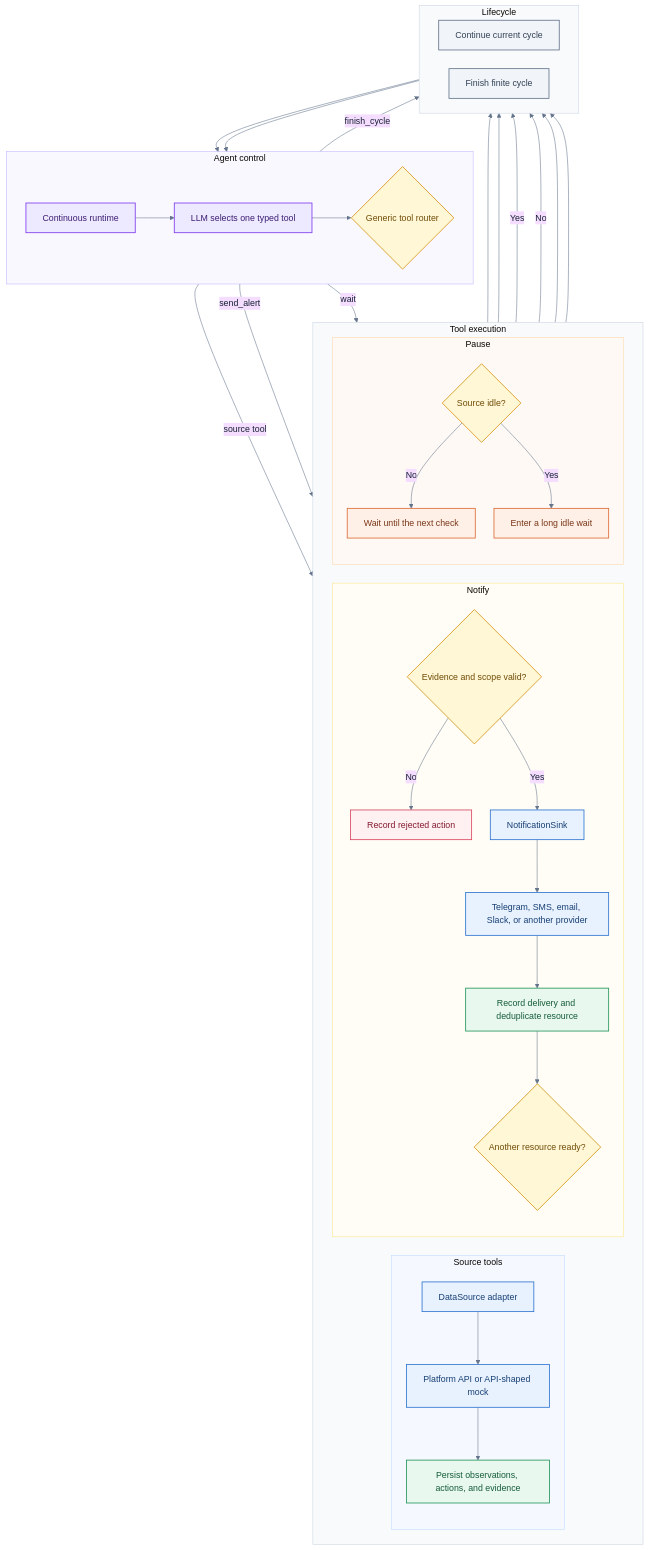
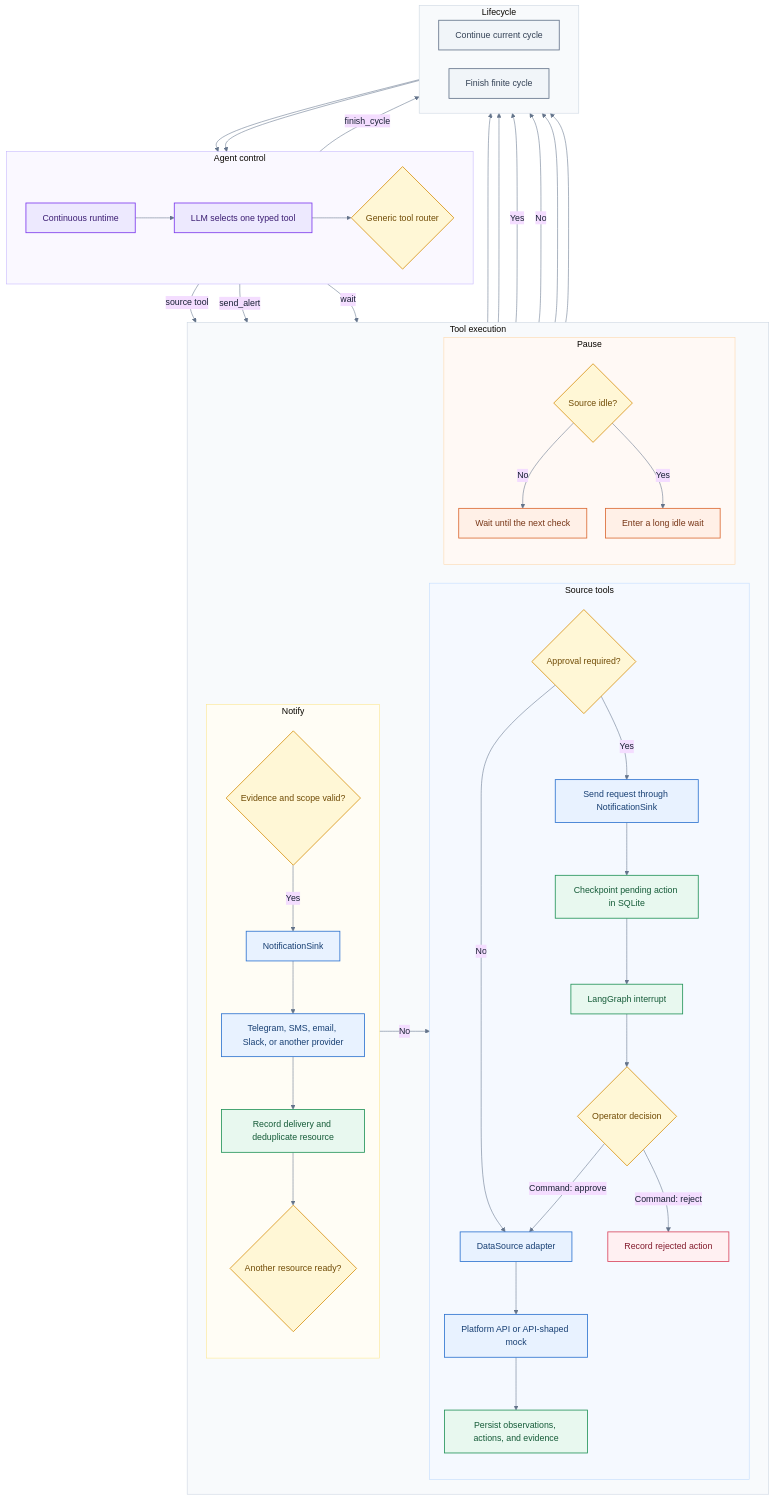
One commit to Blacksuan19/eventpilot changed the diagram in README.md. Above: the diagram before and after it, drawn with Mermaid. The commit also changed other lines of this file, not shown here.

First line of the commit message:
docs: explain actions and human approval

```diff
--- a/README.md
+++ b/README.md
@@ -45,6 +47,14 @@
 
         subgraph source_tools[Source tools]
             direction TB
+            approval{Approval required?}
+            approval -->|Yes| approval_message[Send request through NotificationSink]
+            approval_message --> checkpoint[Checkpoint pending action in SQLite]
+            checkpoint --> paused[LangGraph interrupt]
+            paused --> operator{Operator decision}
+            operator -->|Command: approve| source
+            operator -->|Command: reject| rejected
+            approval -->|No| source
             source[DataSource adapter] --> api[Platform API or API-shaped mock]
             api --> outcome[Persist observations, actions, and evidence]
         end
@@ -73,7 +83,7 @@
         cycle_end[Finish finite cycle] --> runtime
     end
 
-    router -->|source tool| source
+    router -->|source tool| approval
     router -->|send_alert| validate
     router -->|wait| mode
     router -->|finish_cycle| cycle_end
@@ -95,9 +105,9 @@
     classDef dangerNode fill:#fff0f2,stroke:#d9475f,color:#831b2d,stroke-width:1.5px;
 
     class runtime,agent controlNode;
-    class router,validate,ready,mode decisionNode;
-    class source,api,sink,channel integrationNode;
-    class outcome,delivered stateNode;
+    class router,approval,operator,validate,ready,mode decisionNode;
+    class source,api,approval_message,sink,channel integrationNode;
+    class checkpoint,paused,outcome,delivered stateNode;
     class active_wait,idle_wait actionNode;
     class next_turn,cycle_end lifecycleNode;
     class rejected dangerNode;
```
